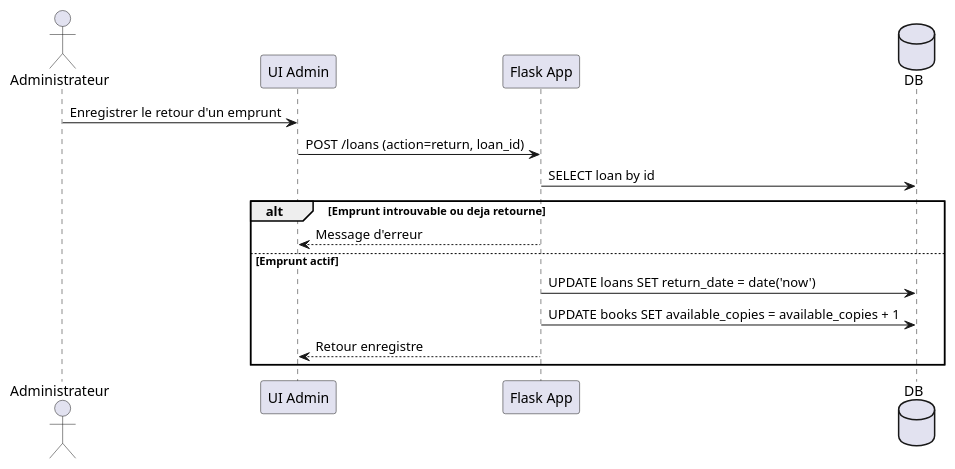
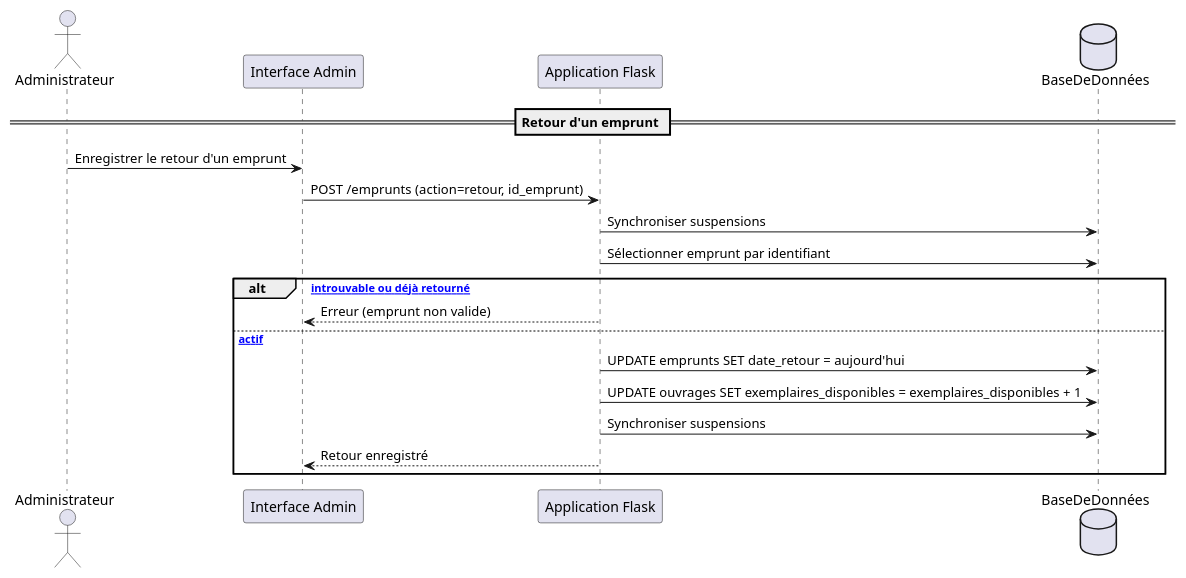
One commit to JunRoot29/Gestion-d-une-Bibliotheque changed the diagram in diagrams/sequence_retour.puml. Above: the diagram before and after it, drawn with PlantUML. The commit also changed 14 other files, not shown here.

```diff
--- a/diagrams/sequence_retour.puml
+++ b/diagrams/sequence_retour.puml
@@ -1,17 +1,21 @@
 @startuml
 actor Administrateur
-participant "UI Admin" as UI
-participant "Flask App" as APP
-database DB
+participant "Interface Admin" as UI
+participant "Application Flask" as APP
+database BaseDeDonnées as DB
 
+== Retour d'un emprunt ==
 Administrateur -> UI : Enregistrer le retour d'un emprunt
-UI -> APP : POST /loans (action=return, loan_id)
-APP -> DB : SELECT loan by id
-alt Emprunt introuvable ou deja retourne
-  APP --> UI : Message d'erreur
-else Emprunt actif
-  APP -> DB : UPDATE loans SET return_date = date('now')
-  APP -> DB : UPDATE books SET available_copies = available_copies + 1
-  APP --> UI : Retour enregistre
+UI -> APP : POST /emprunts (action=retour, id_emprunt)
+APP -> DB : Synchroniser suspensions
+APP -> DB : Sélectionner emprunt par identifiant
+
+alt [Emprunt introuvable ou déjà retourné]
+  APP --> UI : Erreur (emprunt non valide)
+else [Emprunt actif]
+  APP -> DB : UPDATE emprunts SET date_retour = aujourd'hui
+  APP -> DB : UPDATE ouvrages SET exemplaires_disponibles = exemplaires_disponibles + 1
+  APP -> DB : Synchroniser suspensions
+  APP --> UI : Retour enregistré
 end
 @enduml
```
